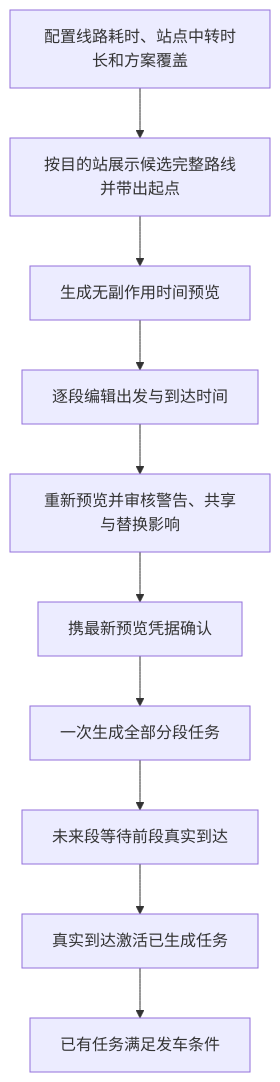
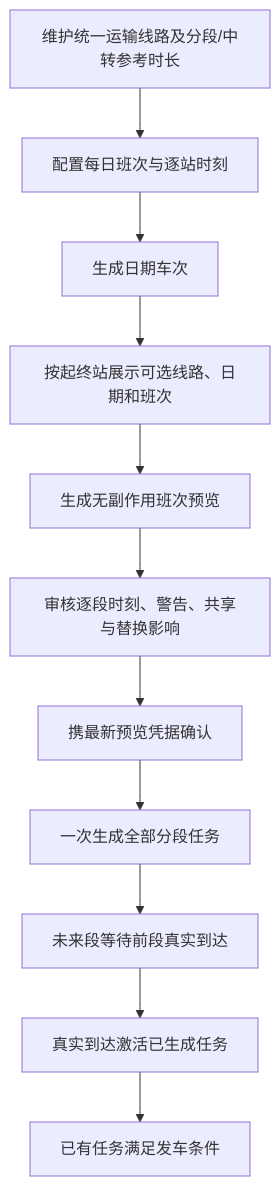
One commit to NikFranki/jingpo-logistics-system changed the first of 2 diagrams in docs/技术方案/v7/fe/plan.md. Above: the diagram before and after it, drawn with Mermaid. The commit also changed other lines of this file and 40 other files, not shown here.

````diff
--- a/docs/技术方案/v7/fe/plan.md
+++ b/docs/技术方案/v7/fe/plan.md
@@ -11,12 +11,13 @@
 ```mermaid
 flowchart TD
-    N[配置线路耗时、站点中转时长和方案覆盖] --> P[按目的站展示候选完整路线并带出起点]
-    P --> V[生成无副作用时间预览]
-    V --> E[逐段编辑出发与到达时间]
-    E --> R[重新预览并审核警告、共享与替换影响]
+    N[维护统一运输线路及分段/中转参考时长] --> S[配置每日班次与逐站时刻]
+    S --> G[生成日期车次]
+    G --> P[按起终站展示可选线路、日期和班次]
+    P --> V[生成无副作用班次预览]
+    V --> R[审核逐段时刻、警告、共享与替换影响]
     R --> C[携最新预览凭据确认]
     C --> T[一次生成全部分段任务]
     T --> W[未来段等待前段真实到达]
     W --> A[真实到达激活已生成任务]
     A --> Q[已有任务满足发车条件]
 ```
````
